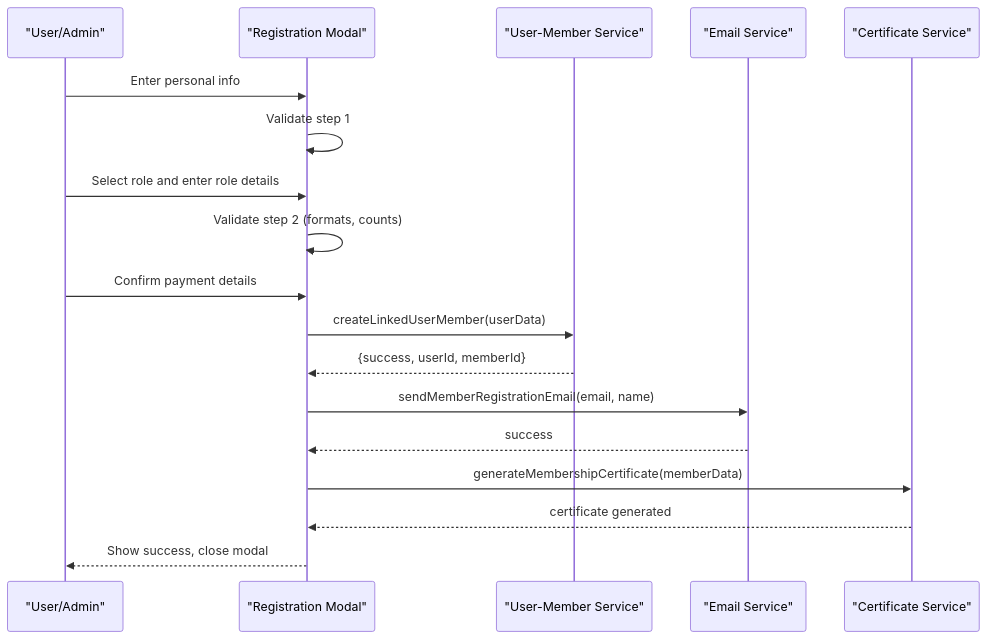
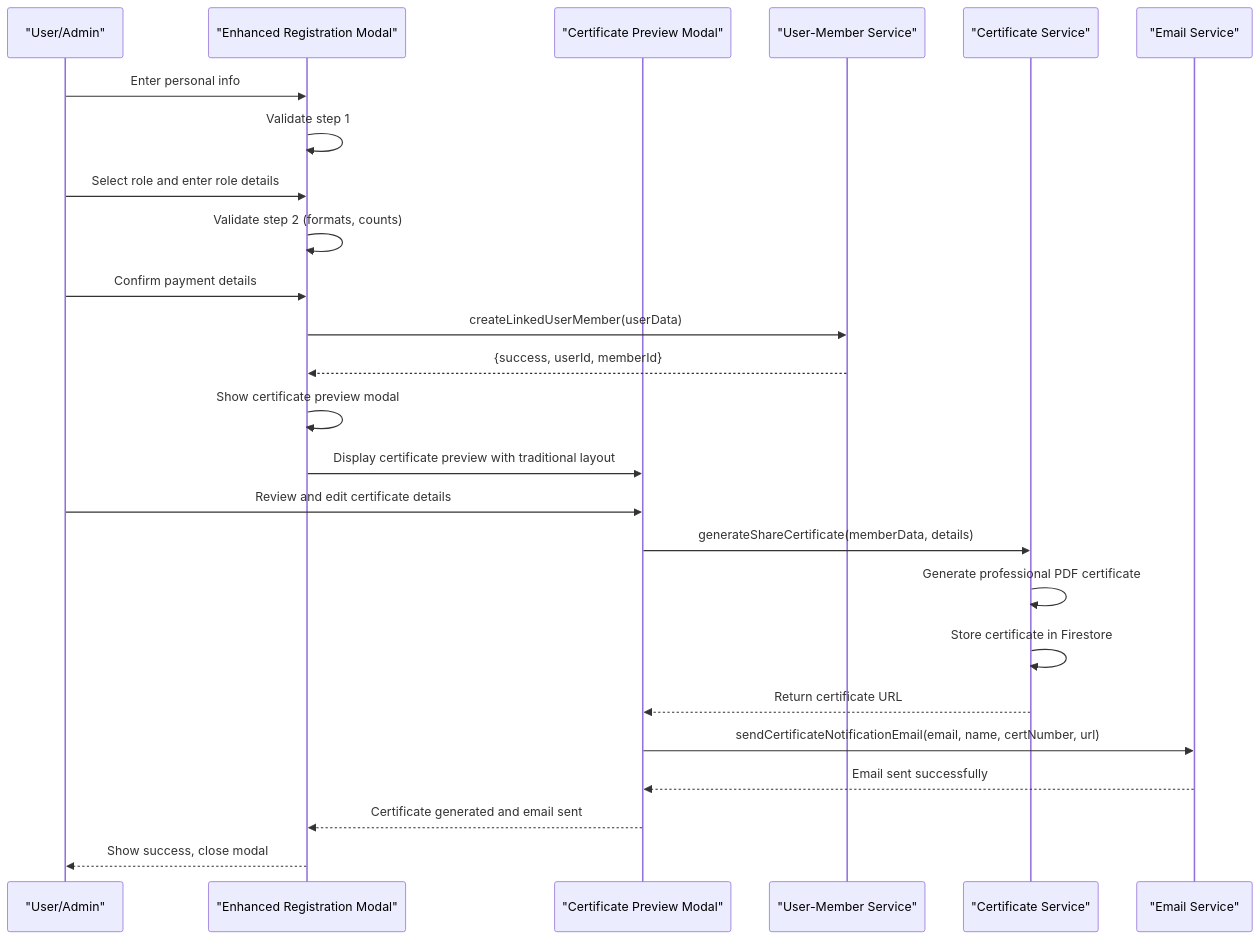
One commit to Unsure-bry/sampacoop_system changed the fifth of 9 diagrams in .qoder/repowiki/en/content/Member Management System/Member Management System.md. Above: the diagram before and after it, drawn with Mermaid. The commit also changed other lines of this file and 24 other files, not shown here.

````diff
--- a/.qoder/repowiki/en/content/Member Management System/Member Management System.md
+++ b/.qoder/repowiki/en/content/Member Management System/Member Management System.md
@@ -339,20 +361,27 @@
 ```mermaid
 sequenceDiagram
 participant User as "User/Admin"
-participant Modal as "Registration Modal"
+participant Modal as "Enhanced Registration Modal"
+participant CPM as "Certificate Preview Modal"
 participant UMS as "User-Member Service"
+participant CS as "Certificate Service"
 participant ES as "Email Service"
-participant CS as "Certificate Service"
 User->>Modal : Enter personal info
 Modal->>Modal : Validate step 1
 User->>Modal : Select role and enter role details
 Modal->>Modal : Validate step 2 (formats, counts)
 User->>Modal : Confirm payment details
 Modal->>UMS : createLinkedUserMember(userData)
 UMS-->>Modal : {success, userId, memberId}
-Modal->>ES : sendMemberRegistrationEmail(email, name)
-ES-->>Modal : success
-Modal->>CS : generateMembershipCertificate(memberData)
-CS-->>Modal : certificate generated
+Modal->>Modal : Show certificate preview modal
+Modal->>CPM : Display certificate preview with traditional layout
+User->>CPM : Review and edit certificate details
+CPM->>CS : generateShareCertificate(memberData, details)
+CS->>CS : Generate professional PDF certificate
+CS->>CS : Store certificate in Firestore
+CS-->>CPM : Return certificate URL
+CPM->>ES : sendCertificateNotificationEmail(email, name, certNumber, url)
+ES-->>CPM : Email sent successfully
+CPM-->>Modal : Certificate generated and email sent
 Modal-->>User : Show success, close modal
 ```
````
